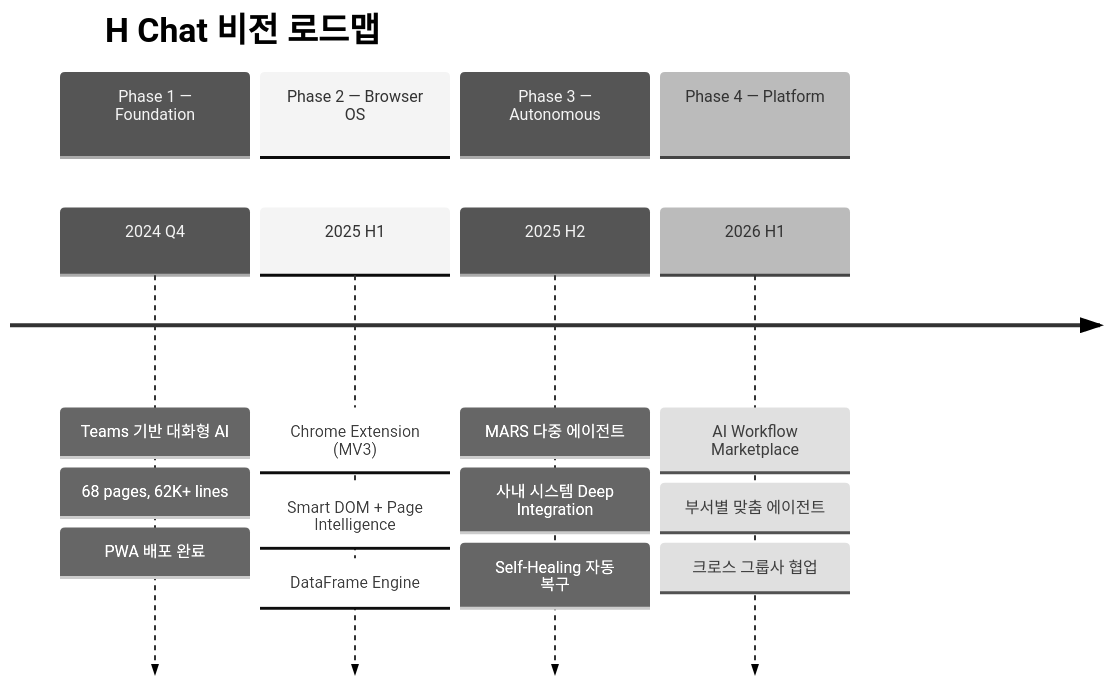
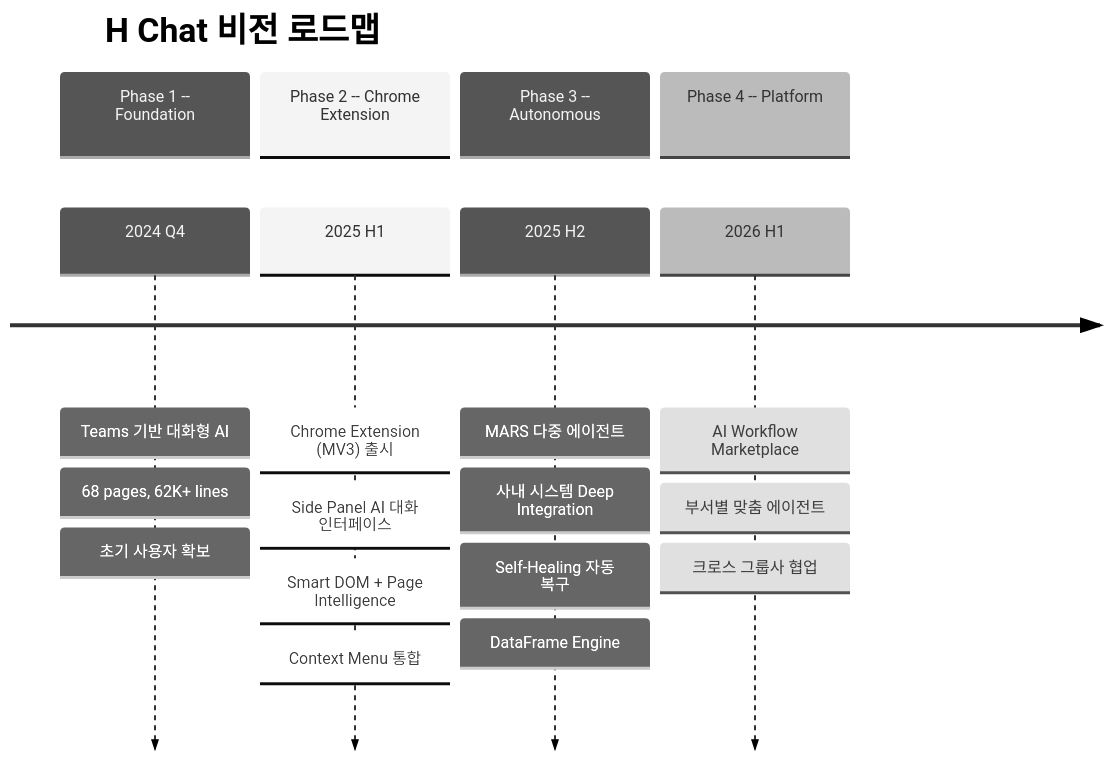
Before and after one commit to sgtlim0/sgtlim0.github.io: the first of 10 diagrams in docs/SERVICE_PLAN_01_OVERVIEW.md, drawn with Mermaid (neutral theme). The commit also changed other lines of this file and 3 other files, not shown here.

First line of the commit message:
docs: 서비스 기획서 Chrome Extension 전용으로 업데이트 (Part 0,1,3,4)

````diff
--- a/docs/SERVICE_PLAN_01_OVERVIEW.md
+++ b/docs/SERVICE_PLAN_01_OVERVIEW.md
@@ -33,20 +65,22 @@
 ```mermaid
 timeline
     title H Chat 비전 로드맵
-    section Phase 1 — Foundation
+    section Phase 1 -- Foundation
         2024 Q4 : Teams 기반 대화형 AI
                  : 68 pages, 62K+ lines
-                 : PWA 배포 완료
-    section Phase 2 — Browser OS
-        2025 H1 : Chrome Extension (MV3)
+                 : 초기 사용자 확보
+    section Phase 2 -- Chrome Extension
+        2025 H1 : Chrome Extension (MV3) 출시
+                : Side Panel AI 대화 인터페이스
                 : Smart DOM + Page Intelligence
-                : DataFrame Engine
-    section Phase 3 — Autonomous
+                : Context Menu 통합
+    section Phase 3 -- Autonomous
         2025 H2 : MARS 다중 에이전트
                 : 사내 시스템 Deep Integration
                 : Self-Healing 자동 복구
-    section Phase 4 — Platform
+                : DataFrame Engine
+    section Phase 4 -- Platform
         2026 H1 : AI Workflow Marketplace
                 : 부서별 맞춤 에이전트
                 : 크로스 그룹사 협업
 ```
````
